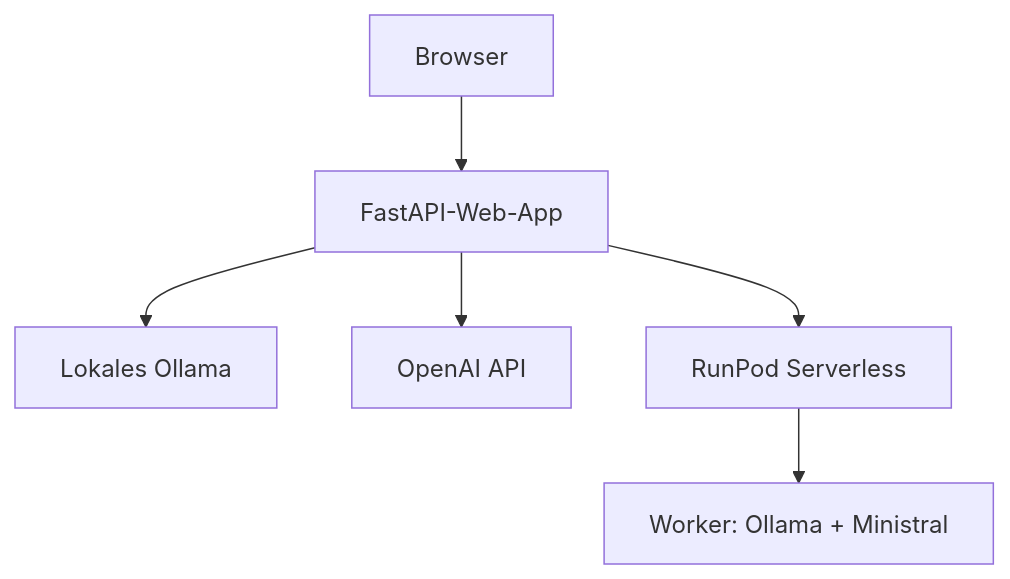
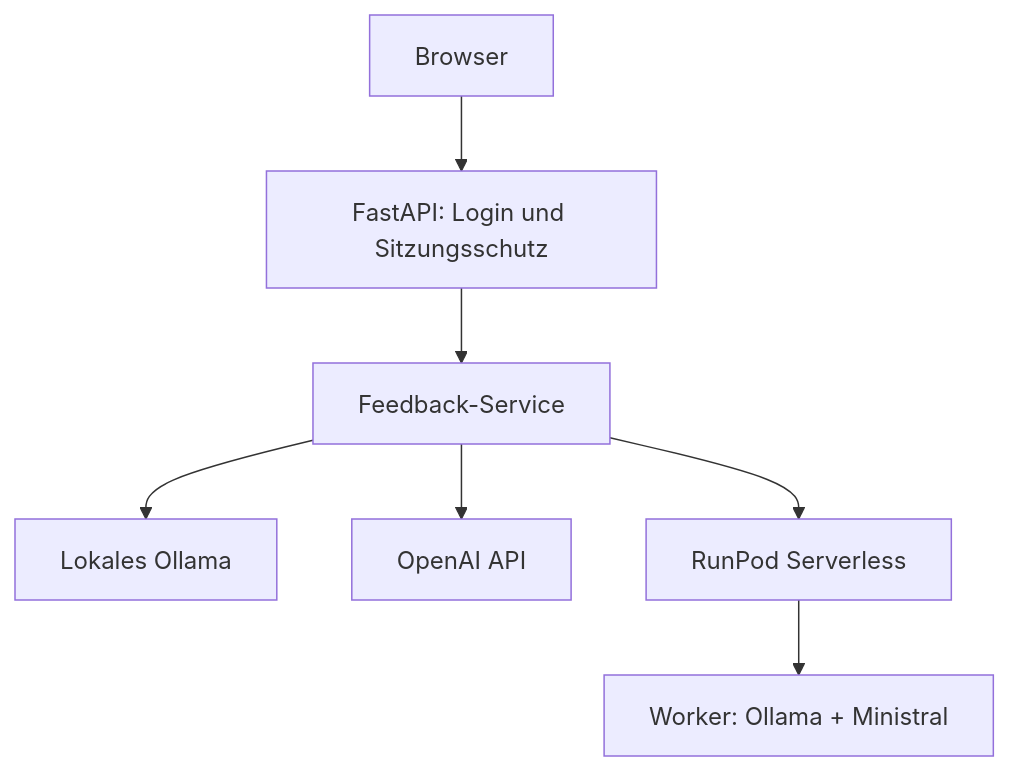
The diagram in README.md (David90dotcom/ki-schreibfeedback-prototyp), drawn with Mermaid before and after one commit. The commit also changed other lines of this file, not shown here.

````diff
--- a/README.md
+++ b/README.md
@@ -19,8 +19,9 @@
 ```mermaid
 flowchart TD
-    A["Browser"] --> B["FastAPI-Web-App"]
-    B --> C["Lokales Ollama"]
-    B --> D["OpenAI API"]
-    B --> E["RunPod Serverless"]
-    E --> F["Worker: Ollama + Ministral"]
+    A["Browser"] --> B["FastAPI: Login und Sitzungsschutz"]
+    B --> C["Feedback-Service"]
+    C --> D["Lokales Ollama"]
+    C --> E["OpenAI API"]
+    C --> F["RunPod Serverless"]
+    F --> G["Worker: Ollama + Ministral"]
 ```
````
